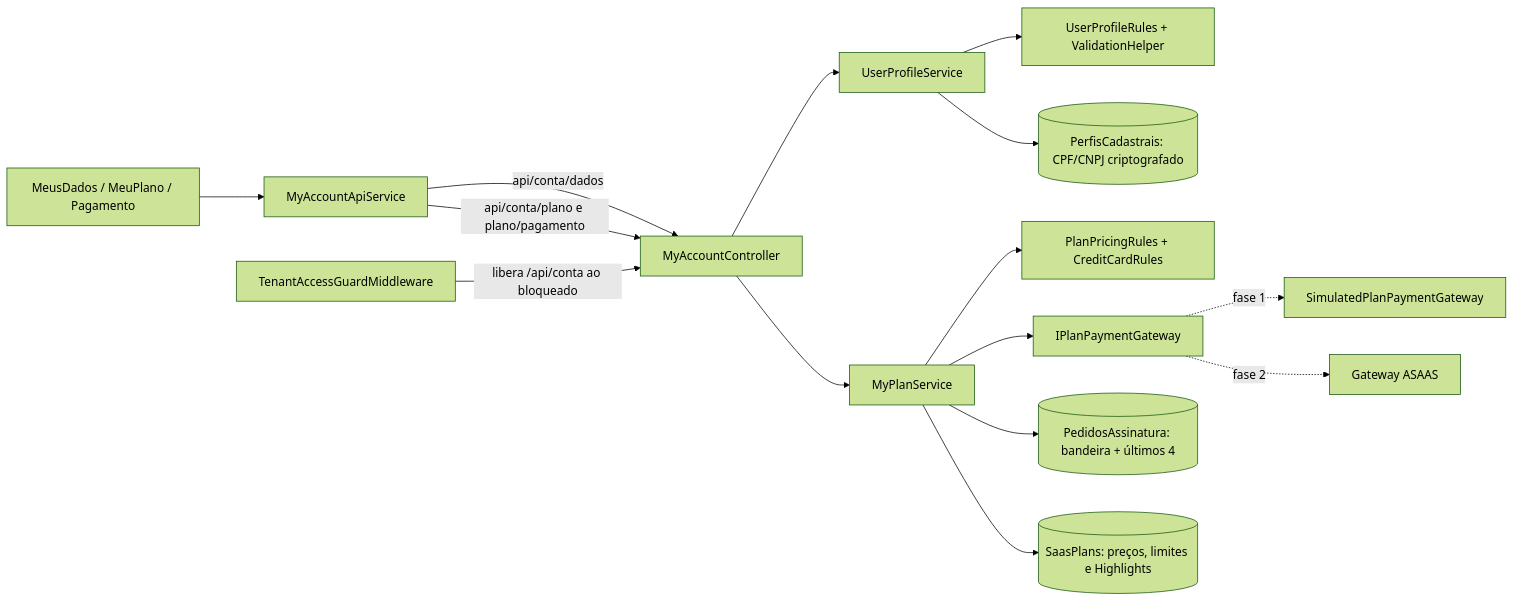
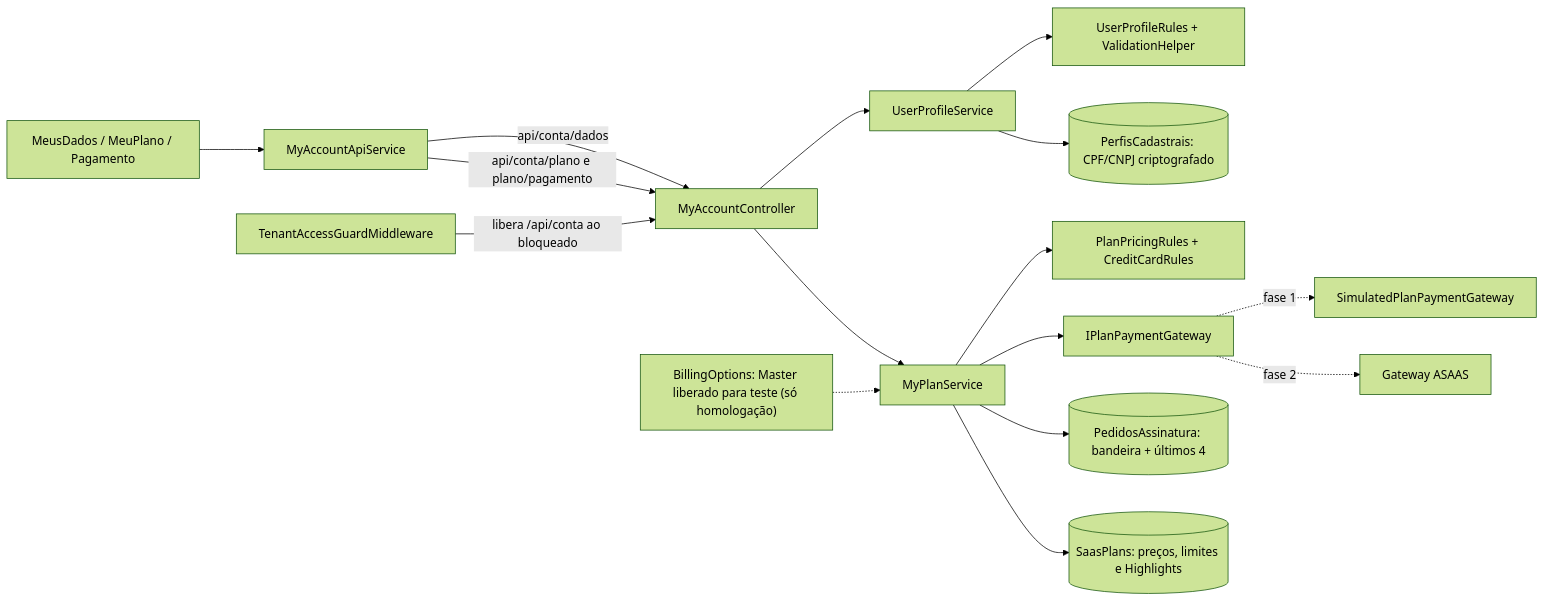
One commit to ronyaraujodeveloper/TecFlow changed diagram 51 of 51 in docs/DIAGRAMAS_ARQUITETURA.md. Above: the diagram before and after it, drawn with Mermaid (forest theme). The commit also changed 10 other files, not shown here.

Commit message:
feat(conta): libera conta Master configurada em Billing:MasterCheckoutTestEmails para testar Meu plano como cliente (so homologacao)

````diff
--- a/docs/DIAGRAMAS_ARQUITETURA.md
+++ b/docs/DIAGRAMAS_ARQUITETURA.md
@@ -2119,17 +2119,18 @@
 ```mermaid
 flowchart LR
   UI[MeusDados / MeuPlano / Pagamento] --> CLI[MyAccountApiService]
   CLI -->|api/conta/dados| CTRL[MyAccountController]
   CLI -->|api/conta/plano e plano/pagamento| CTRL
   CTRL --> UPS[UserProfileService]
   CTRL --> MPS[MyPlanService]
   UPS --> R1[UserProfileRules + ValidationHelper]
   UPS --> PERF[("PerfisCadastrais: CPF/CNPJ criptografado")]
   MPS --> R2[PlanPricingRules + CreditCardRules]
+  OPT["BillingOptions: Master liberado para teste (só homologação)"] -.-> MPS
   MPS --> GW[IPlanPaymentGateway]
   GW -.fase 1.-> SIM[SimulatedPlanPaymentGateway]
   GW -.fase 2.-> ASAAS[Gateway ASAAS]
   MPS --> PED[("PedidosAssinatura: bandeira + últimos 4")]
   MPS --> PLANOS[("SaasPlans: preços, limites e Highlights")]
   GUARD[TenantAccessGuardMiddleware] -->|libera /api/conta ao bloqueado| CTRL
 ```
````
